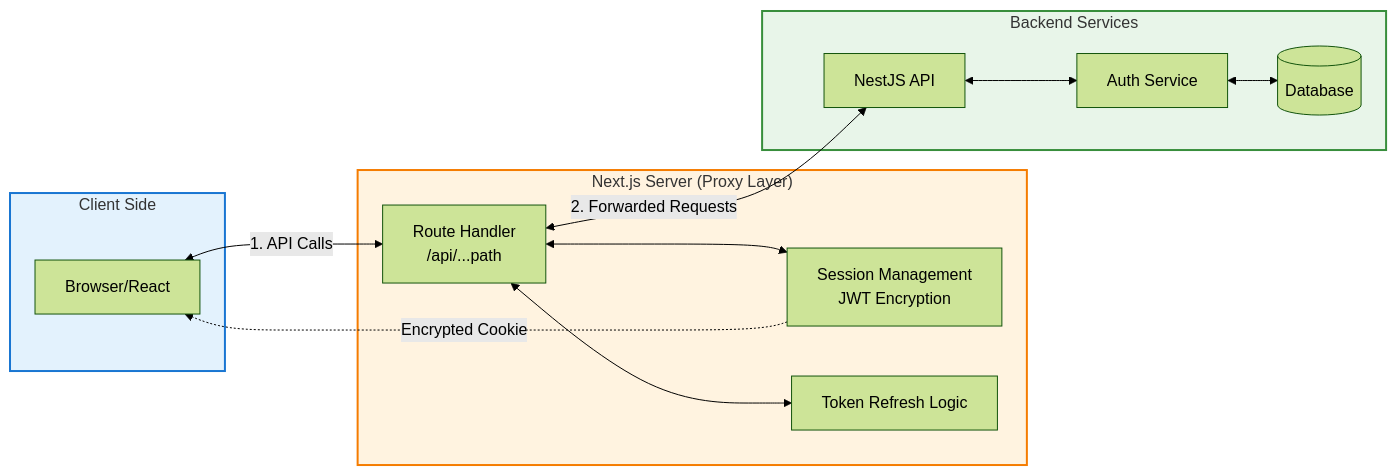
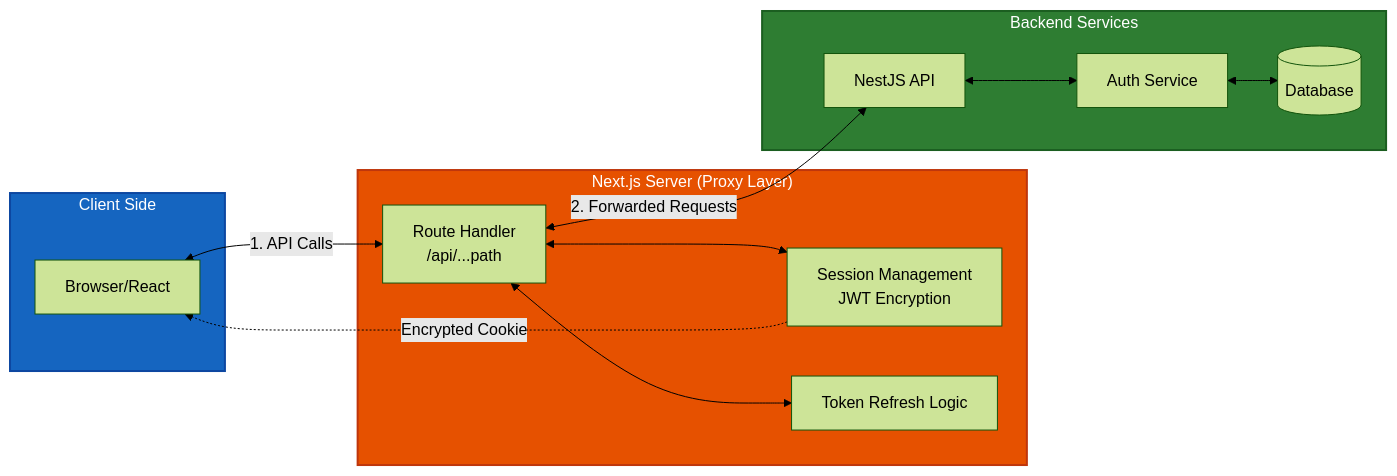
Before and after one commit to kisstamasj/nestjs-nextjs-api-proxy: the second of 7 diagrams in API_PROXY_GUIDE.md, drawn with Mermaid (forest theme). The commit also changed other lines of this file, not shown here.

Commit message:
docs: Enhance mermaid diagram readability by updating styles to use darker colors and white text.

````diff
--- a/API_PROXY_GUIDE.md
+++ b/API_PROXY_GUIDE.md
@@ -46,30 +46,30 @@
 ```mermaid
 flowchart LR
     subgraph Client ["Client Side"]
         Browser[Browser/React]
     end
     
     subgraph Proxy ["Next.js Server (Proxy Layer)"]
         Handler[Route Handler<br/>/api/...path]
         Session[Session Management<br/>JWT Encryption]
         Token[Token Refresh Logic]
     end
     
     subgraph Backend ["Backend Services"]
         API[NestJS API]
         Auth[Auth Service]
         DB[(Database)]
     end
     
     Browser <-->|1. API Calls| Handler
     Handler <--> Session
     Handler <--> Token
     Handler <-->|2. Forwarded Requests| API
     API <--> Auth
     Auth <--> DB
     Session -.->|Encrypted Cookie| Browser
     
-    style Client fill:#e3f2fd,stroke:#1976d2,stroke-width:2px
-    style Proxy fill:#fff3e0,stroke:#f57c00,stroke-width:2px
-    style Backend fill:#e8f5e9,stroke:#388e3c,stroke-width:2px
+    style Client fill:#1565c0,stroke:#0d47a1,stroke-width:2px,color:#fff
+    style Proxy fill:#e65100,stroke:#bf360c,stroke-width:2px,color:#fff
+    style Backend fill:#2e7d32,stroke:#1b5e20,stroke-width:2px,color:#fff
 ```
````
